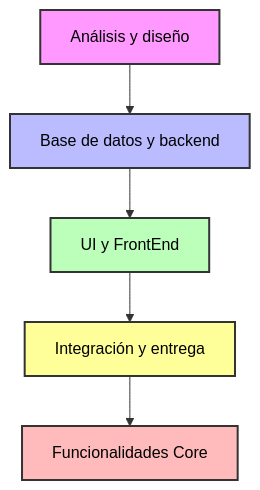
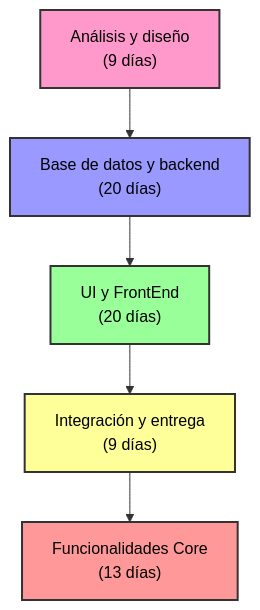
Before and after one commit to fer1492/Libro-Latte: the second of 2 diagrams in README.md, drawn with Mermaid.

Commit message:
Update PERT diagram with durations and styles

````diff
--- a/README.md
+++ b/README.md
@@ -26,13 +26,13 @@
 ```mermaid
 flowchart TD
-    A[Análisis y diseño] --> B[Base de datos y backend]
-    B --> C[UI y FrontEnd]
-    C --> D[Integración y entrega]
-    D --> E[Funcionalidades Core]
+    A["Análisis y diseño<br>(9 días)"] --> B["Base de datos y backend<br>(20 días)"]
+    B --> C["UI y FrontEnd<br>(20 días)"]
+    C --> D["Integración y entrega<br>(9 días)"]
+    D --> E["Funcionalidades Core<br>(13 días)"]
 
-    style A fill:#f9f,stroke:#333,stroke-width:2px,color:#000
-    style B fill:#bbf,stroke:#333,stroke-width:2px,color:#000
-    style C fill:#bfb,stroke:#333,stroke-width:2px,color:#000
-    style D fill:#ff9,stroke:#333,stroke-width:2px,color:#000
-    style E fill:#fbb,stroke:#333,stroke-width:2px,color:#000
+    style A fill:#ff99cc,stroke:#333,stroke-width:2px,color:#000
+    style B fill:#9999ff,stroke:#333,stroke-width:2px,color:#000
+    style C fill:#99ff99,stroke:#333,stroke-width:2px,color:#000
+    style D fill:#ffff99,stroke:#333,stroke-width:2px,color:#000
+    style E fill:#ff9999,stroke:#333,stroke-width:2px,color:#000
 ```
````
